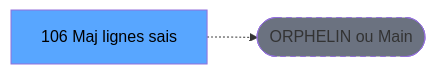
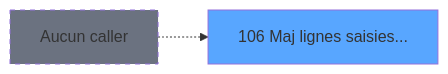
One commit to thonyAGP/lecteur-magic changed the second of 3 diagrams in .openspec/specs/ADH-IDE-106.md. Above: the diagram before and after it, drawn with Mermaid. The commit also changed other lines of this file and 96 other files, not shown here.

````diff
--- a/.openspec/specs/ADH-IDE-106.md
+++ b/.openspec/specs/ADH-IDE-106.md
@@ -120,8 +204,8 @@
 ```mermaid
 graph LR
-    T[106 Maj lignes sais]
-    ORPHAN([ORPHELIN ou Main])
-    T -.-> ORPHAN
-    style T fill:#58a6ff,color:#000
-    style ORPHAN fill:#6b7280,stroke-dasharray: 5 5
+    T106[106 Maj lignes saisies...]
+    style T106 fill:#58a6ff
+    NONE[Aucun caller]
+    NONE -.-> T106
+    style NONE fill:#6b7280,stroke-dasharray: 5 5
 ```
````
